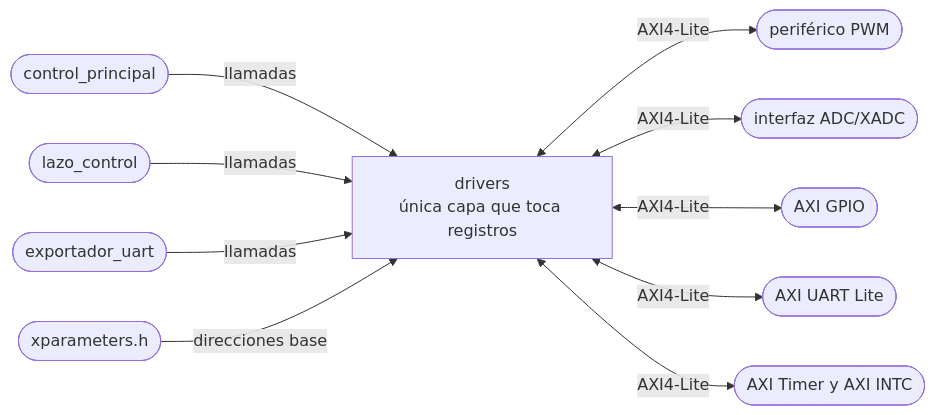
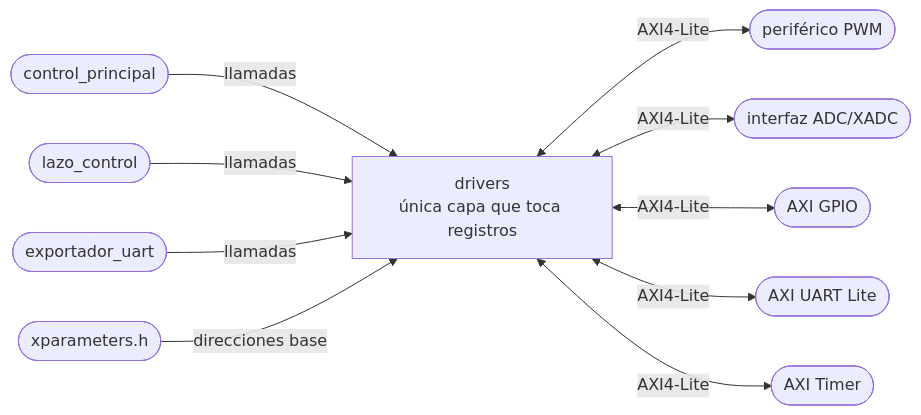
One commit to Taller-de-diseno-digital-GR01/Proyecto-4-Regulador-PR changed the diagram in docs/diseño/modulos/drivers.md. Above: the diagram before and after it, drawn with Mermaid. The commit also changed other lines of this file and 1 other file, not shown here.

Commit message:
drivers y lazo_control con la interrupción del Timer directa al procesador, sin INTC

````diff
--- a/docs/diseño/modulos/drivers.md
+++ b/docs/diseño/modulos/drivers.md
@@ -9,12 +9,12 @@
 ```mermaid
 flowchart LR
     CP(["control_principal"]) -->|"llamadas"| DRV["drivers<br/>única capa que toca registros"]
     LC(["lazo_control"]) -->|"llamadas"| DRV
     EXP(["exportador_uart"]) -->|"llamadas"| DRV
     XP(["xparameters.h"]) -->|"direcciones base"| DRV
     DRV <-->|"AXI4-Lite"| PWM(["periférico PWM"])
     DRV <-->|"AXI4-Lite"| ADC(["interfaz ADC/XADC"])
     DRV <-->|"AXI4-Lite"| GPIO(["AXI GPIO"])
     DRV <-->|"AXI4-Lite"| UART(["AXI UART Lite"])
-    DRV <-->|"AXI4-Lite"| TMR(["AXI Timer y AXI INTC"])
+    DRV <-->|"AXI4-Lite"| TMR(["AXI Timer"])
 ```
````
